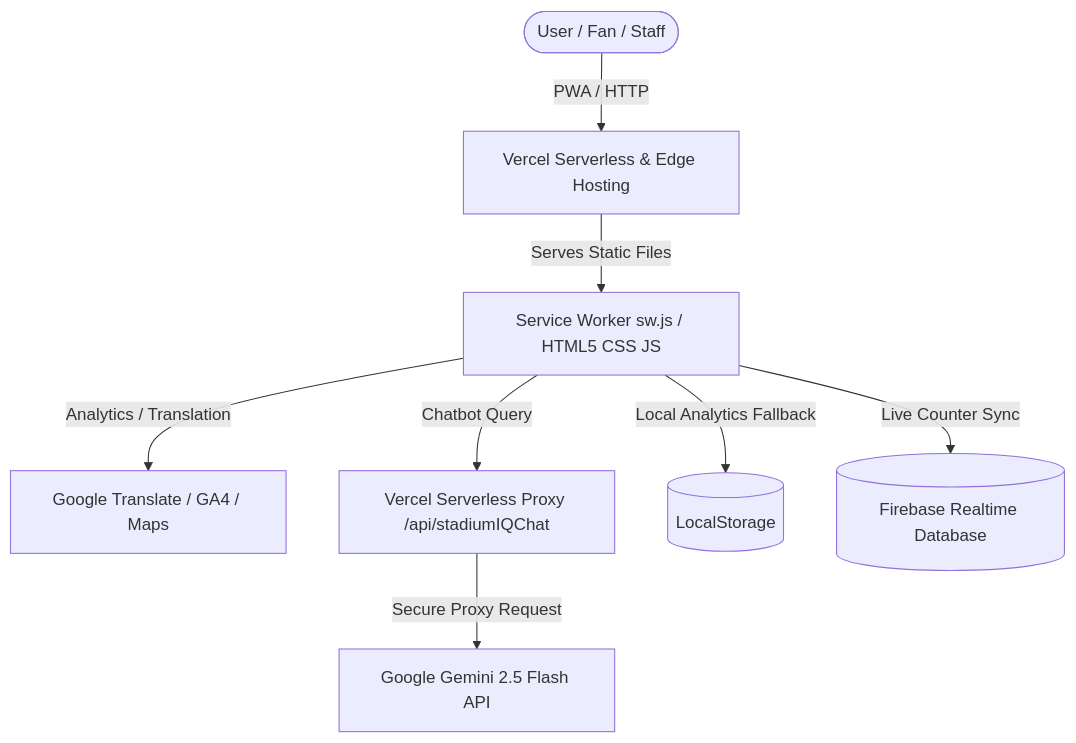
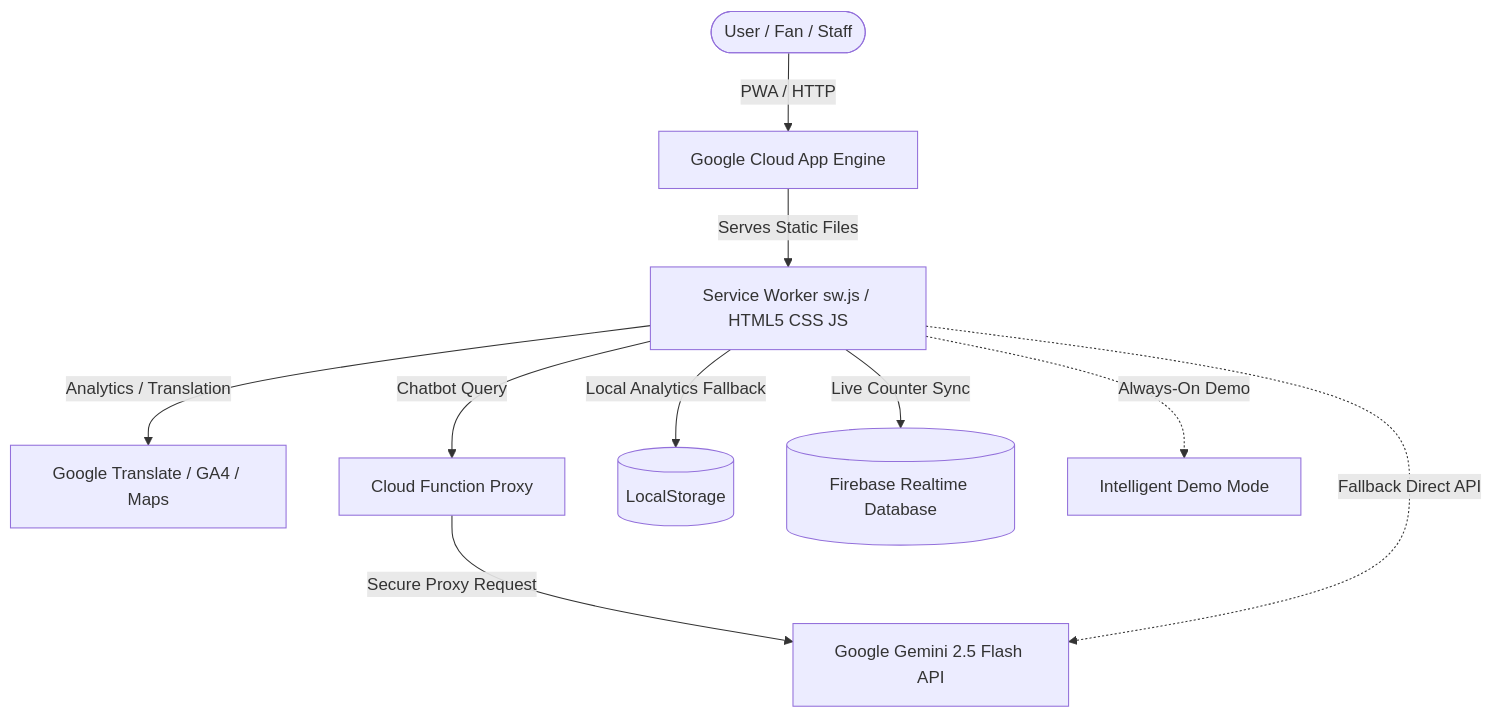
The diagram in README.md (sourajit-dey/StadiumIQ-promptwar), drawn with Mermaid before and after one commit. The commit also changed other lines of this file and 8 other files, not shown here.

````diff
--- a/README.md
+++ b/README.md
@@ -11,10 +11,12 @@
 ```mermaid
 graph TD
-  User([User / Fan / Staff]) -->|PWA / HTTP| Vercel[Vercel Serverless & Edge Hosting]
-  Vercel -->|Serves Static Files| PWA[Service Worker sw.js / HTML5 CSS JS]
+  User([User / Fan / Staff]) -->|PWA / HTTP| AppEngine[Google Cloud App Engine]
+  AppEngine -->|Serves Static Files| PWA[Service Worker sw.js / HTML5 CSS JS]
   PWA -->|Analytics / Translation| ExternalAPIs[Google Translate / GA4 / Maps]
-  PWA -->|Chatbot Query| VercelFunction[Vercel Serverless Proxy /api/stadiumIQChat]
+  PWA -->|Chatbot Query| CloudFunction[Cloud Function Proxy]
   PWA -->|Local Analytics Fallback| LocalStorage[(LocalStorage)]
   PWA -->|Live Counter Sync| Firebase[(Firebase Realtime Database)]
-  VercelFunction -->|Secure Proxy Request| GeminiAPI[Google Gemini 2.5 Flash API]
+  CloudFunction -->|Secure Proxy Request| GeminiAPI[Google Gemini 2.5 Flash API]
+  PWA -.->|Fallback Direct API| GeminiAPI
+  PWA -.->|Always-On Demo| DemoMode[Intelligent Demo Mode]
 ```
````
